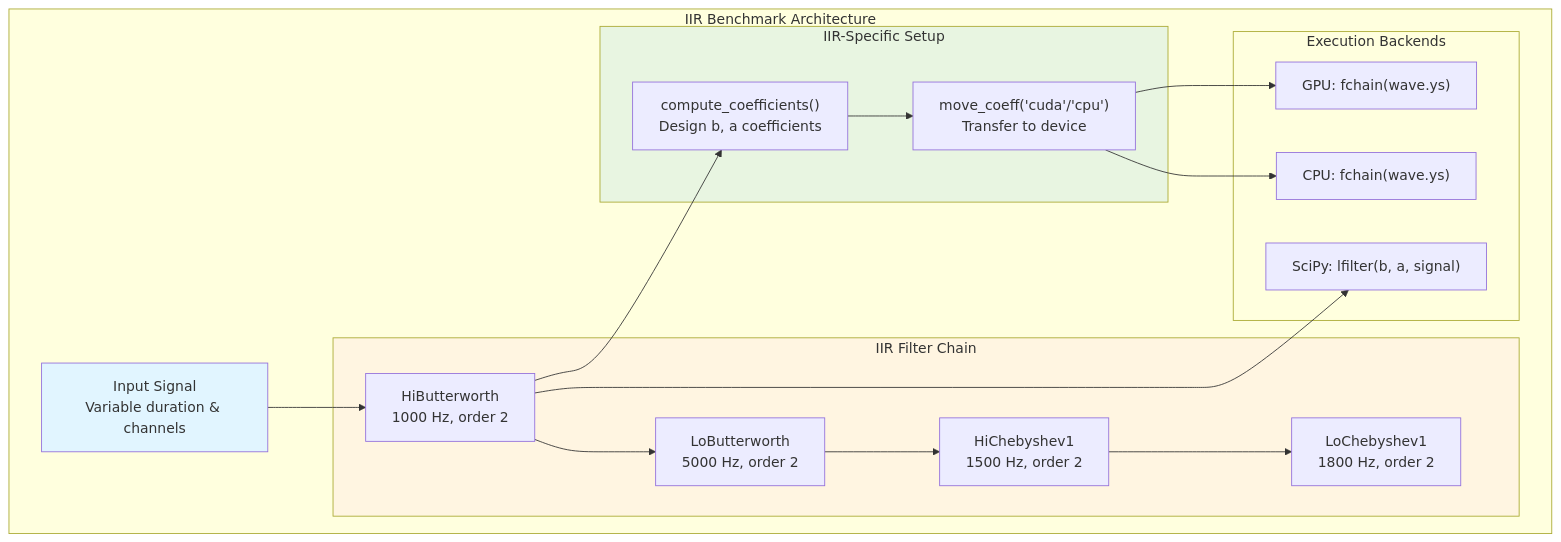
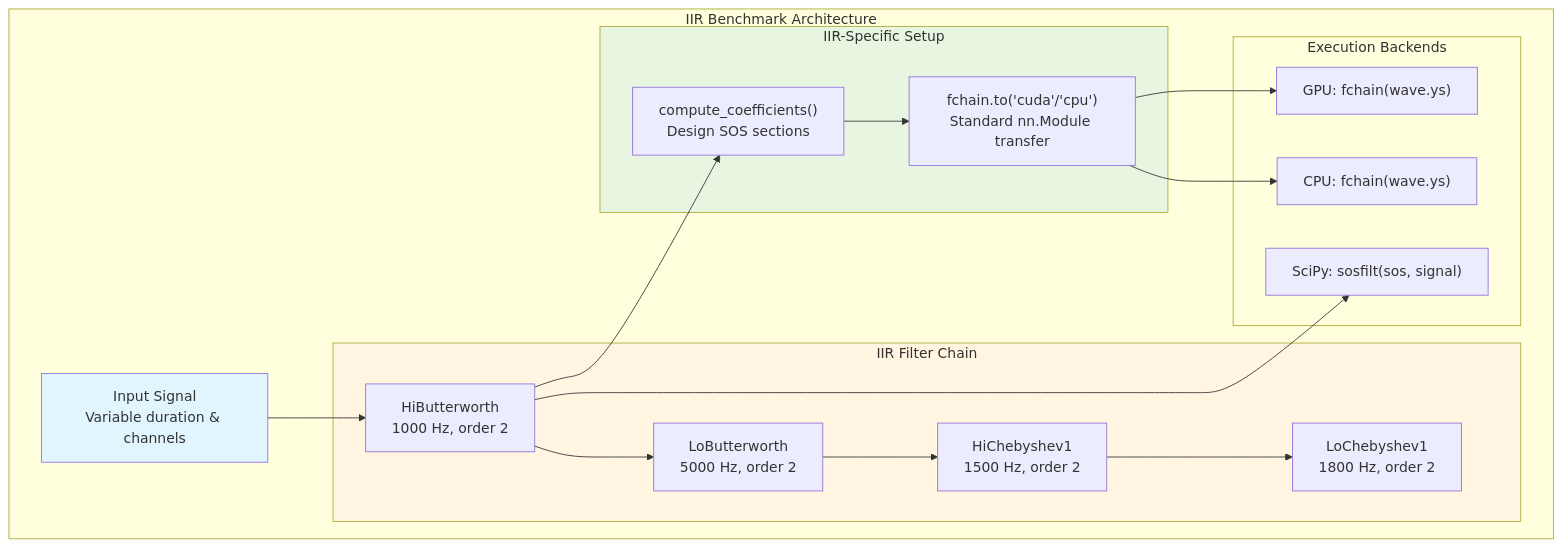
Before and after one commit to matteospanio/torchfx: the fifth of 7 diagrams in docs/source/guides/advanced/performance.md, drawn with Mermaid. The commit also changed other lines of this file and 14 other files, not shown here.

````diff
--- a/docs/source/guides/advanced/performance.md
+++ b/docs/source/guides/advanced/performance.md
@@ -582,40 +582,40 @@
 ```{mermaid}
 graph TB
     subgraph "IIR Benchmark Architecture"
         Input["Input Signal<br/>Variable duration & channels"]
 
         subgraph Chain["IIR Filter Chain"]
             F1["HiButterworth<br/>1000 Hz, order 2"]
             F2["LoButterworth<br/>5000 Hz, order 2"]
             F3["HiChebyshev1<br/>1500 Hz, order 2"]
             F4["LoChebyshev1<br/>1800 Hz, order 2"]
         end
 
         subgraph Setup["IIR-Specific Setup"]
-            Compute["compute_coefficients()<br/>Design b, a coefficients"]
-            MoveCoeff["move_coeff('cuda'/'cpu')<br/>Transfer to device"]
+            Compute["compute_coefficients()<br/>Design SOS sections"]
+            DeviceMove["fchain.to('cuda'/'cpu')<br/>Standard nn.Module transfer"]
         end
 
         subgraph Backends["Execution Backends"]
             GPU["GPU: fchain(wave.ys)"]
             CPU["CPU: fchain(wave.ys)"]
-            SciPy["SciPy: lfilter(b, a, signal)"]
+            SciPy["SciPy: sosfilt(sos, signal)"]
         end
 
         Input --> F1
         F1 --> F2
         F2 --> F3
         F3 --> F4
 
         F1 --> Compute
-        Compute --> MoveCoeff
-        MoveCoeff --> GPU
-        MoveCoeff --> CPU
+        Compute --> DeviceMove
+        DeviceMove --> GPU
+        DeviceMove --> CPU
 
         F1 --> SciPy
     end
 
     style Input fill:#e1f5ff
     style Chain fill:#fff5e1
     style Setup fill:#e8f5e1
 ```
````
